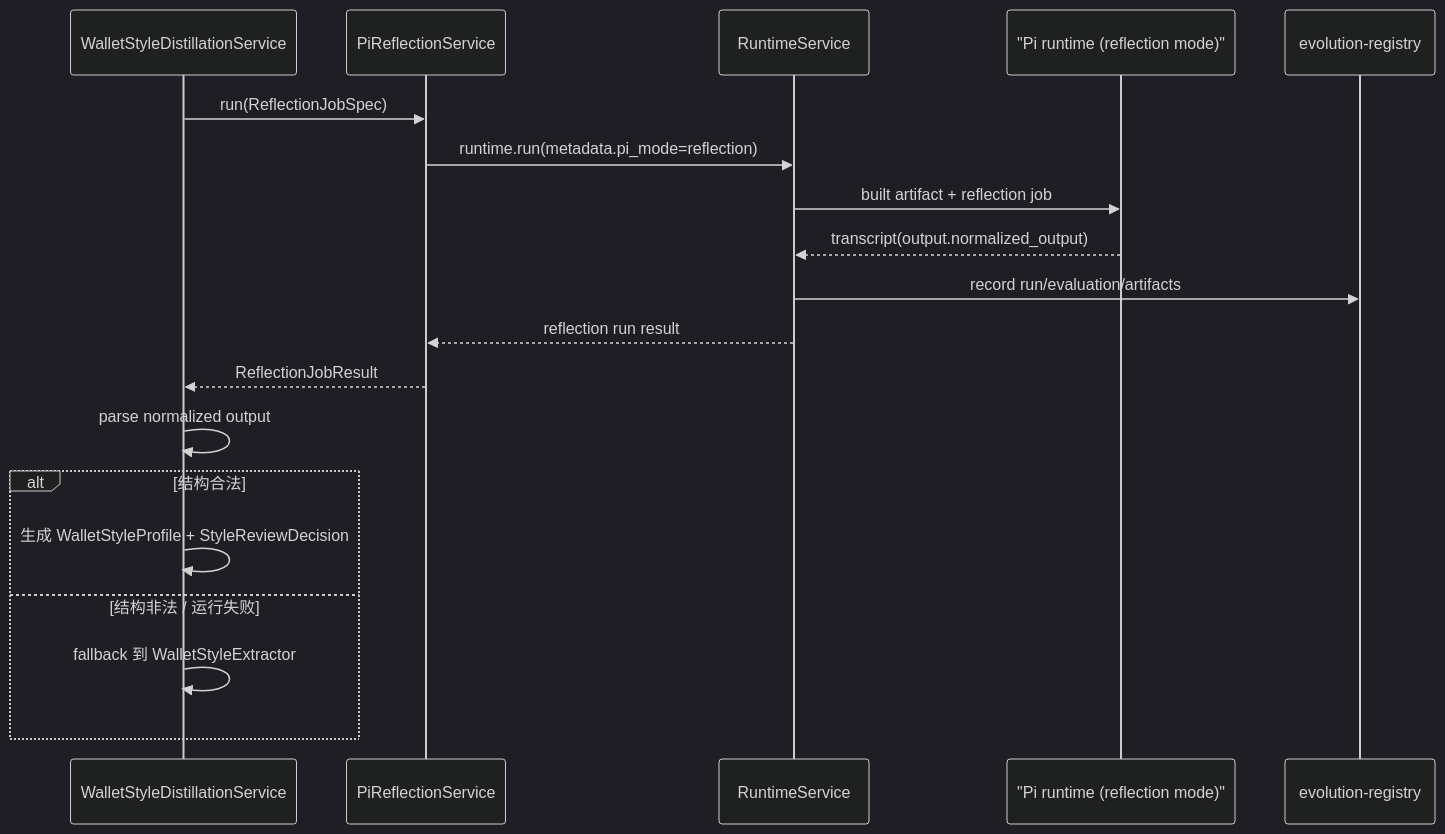
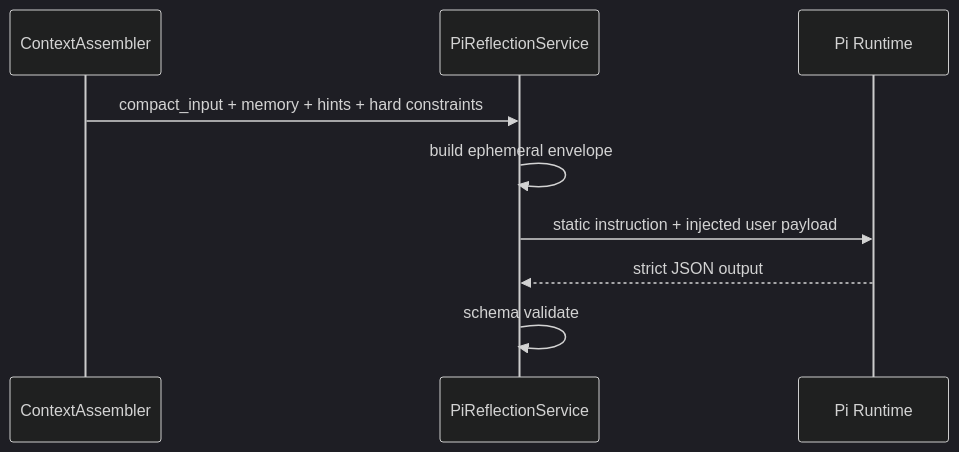
One commit to DESONGs/0t-skill-hackson changed the second of 2 diagrams in 0t-skill_hackson_v2ing/docs/architecture/02-wallet-style-agent-reflection.md. Above: the diagram before and after it, drawn with Mermaid (dark theme). The commit also changed other lines of this file and 49 other files, not shown here.

````diff
--- a/0t-skill_hackson_v2ing/docs/architecture/02-wallet-style-agent-reflection.md
+++ b/0t-skill_hackson_v2ing/docs/architecture/02-wallet-style-agent-reflection.md
@@ -58,22 +44,12 @@
 ```mermaid
 sequenceDiagram
-    participant S as WalletStyleDistillationService
+    participant A as ContextAssembler
     participant R as PiReflectionService
-    participant RS as RuntimeService
-    participant PI as "Pi runtime (reflection mode)"
-    participant REG as evolution-registry
+    participant P as Pi Runtime
 
-    S->>R: run(ReflectionJobSpec)
-    R->>RS: runtime.run(metadata.pi_mode=reflection)
-    RS->>PI: built artifact + reflection job
-    PI-->>RS: transcript(output.normalized_output)
-    RS->>REG: record run/evaluation/artifacts
-    RS-->>R: reflection run result
-    R-->>S: ReflectionJobResult
-    S->>S: parse normalized output
-    alt 结构合法
-        S->>S: 生成 WalletStyleProfile + StyleReviewDecision
-    else 结构非法 / 运行失败
-        S->>S: fallback 到 WalletStyleExtractor
-    end
+    A->>R: compact_input + memory + hints + hard constraints
+    R->>R: build ephemeral envelope
+    R->>P: static instruction + injected user payload
+    P-->>R: strict JSON output
+    R->>R: schema validate
 ```
````
